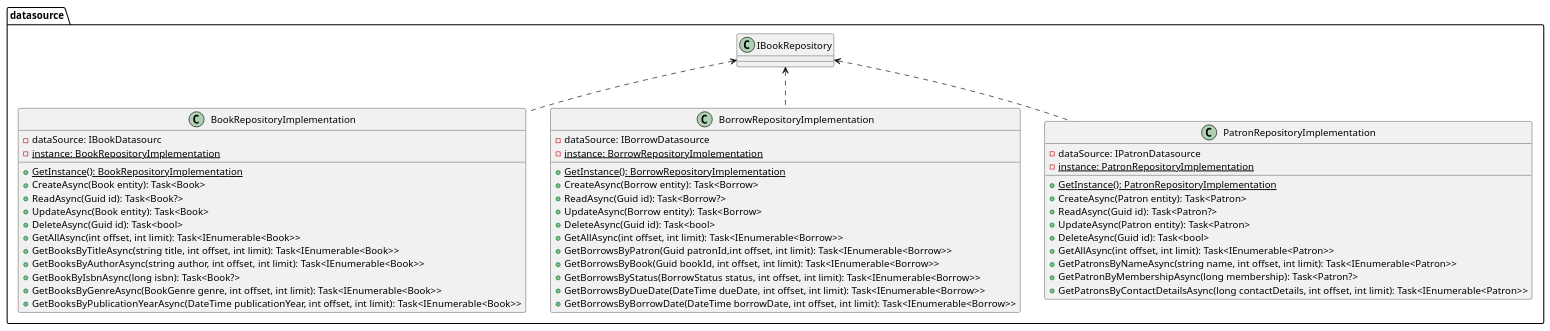
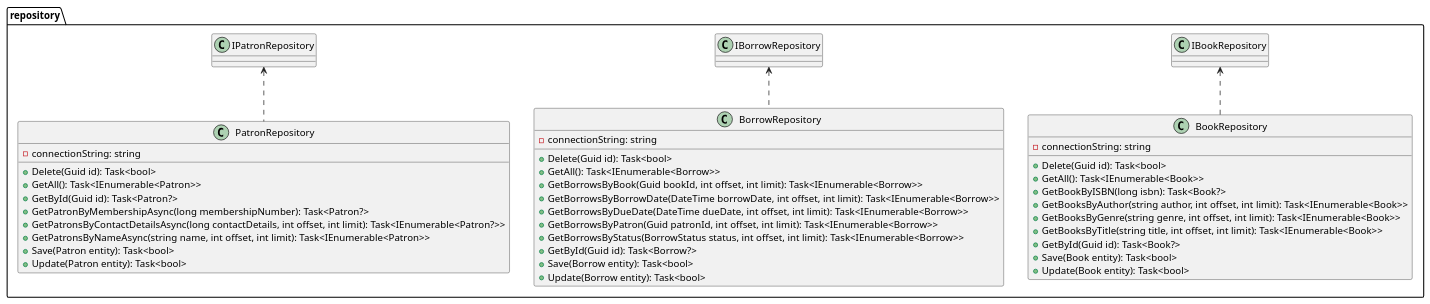
One commit to programacion-6/Opcion1LosBorbotones changed the diagram in system-design/class-diagram/infraestructure/repository.puml. Above: the diagram before and after it, drawn with PlantUML. The commit also changed 10 other files, not shown here.

Commit message:
chore: updated class diagram

```diff
--- a/system-design/class-diagram/infraestructure/repository.puml
+++ b/system-design/class-diagram/infraestructure/repository.puml
@@ -1,54 +1,47 @@
 @startuml
-package datasource {
+package repository {
 
-    class BookRepositoryImplementation {
-        - dataSource: IBookDatasourc
-        - {static} instance: BookRepositoryImplementation
-        + {static} GetInstance(): BookRepositoryImplementation
-        + CreateAsync(Book entity): Task<Book>
-        + ReadAsync(Guid id): Task<Book?>
-        + UpdateAsync(Book entity): Task<Book>
-        + DeleteAsync(Guid id): Task<bool>
-        + GetAllAsync(int offset, int limit): Task<IEnumerable<Book>>
-        + GetBooksByTitleAsync(string title, int offset, int limit): Task<IEnumerable<Book>>
-        + GetBooksByAuthorAsync(string author, int offset, int limit): Task<IEnumerable<Book>>
-        + GetBookByIsbnAsync(long isbn): Task<Book?>
-        + GetBooksByGenreAsync(BookGenre genre, int offset, int limit): Task<IEnumerable<Book>>
-        + GetBooksByPublicationYearAsync(DateTime publicationYear, int offset, int limit): Task<IEnumerable<Book>>
+    class BookRepository {
+        - connectionString: string
+        + Delete(Guid id): Task<bool>
+        + GetAll(): Task<IEnumerable<Book>>
+        + GetBookByISBN(long isbn): Task<Book?>
+        + GetBooksByAuthor(string author, int offset, int limit): Task<IEnumerable<Book>>
+        + GetBooksByGenre(string genre, int offset, int limit): Task<IEnumerable<Book>>
+        + GetBooksByTitle(string title, int offset, int limit): Task<IEnumerable<Book>>
+        + GetById(Guid id): Task<Book?>
+        + Save(Book entity): Task<bool>
+        + Update(Book entity): Task<bool>
     }
 
-    class BorrowRepositoryImplementation {
-        - dataSource: IBorrowDatasource
-        - {static} instance: BorrowRepositoryImplementation
-        + {static} GetInstance(): BorrowRepositoryImplementation
-        + CreateAsync(Borrow entity): Task<Borrow>
-        + ReadAsync(Guid id): Task<Borrow?>
-        + UpdateAsync(Borrow entity): Task<Borrow>
-        + DeleteAsync(Guid id): Task<bool>
-        + GetAllAsync(int offset, int limit): Task<IEnumerable<Borrow>>
-        + GetBorrowsByPatron(Guid patronId,int offset, int limit): Task<IEnumerable<Borrow>>
+    class BorrowRepository {
+        - connectionString: string
+        + Delete(Guid id): Task<bool>
+        + GetAll(): Task<IEnumerable<Borrow>>
         + GetBorrowsByBook(Guid bookId, int offset, int limit): Task<IEnumerable<Borrow>>
+        + GetBorrowsByBorrowDate(DateTime borrowDate, int offset, int limit): Task<IEnumerable<Borrow>>
+        + GetBorrowsByDueDate(DateTime dueDate, int offset, int limit): Task<IEnumerable<Borrow>>
+        + GetBorrowsByPatron(Guid patronId, int offset, int limit): Task<IEnumerable<Borrow>>
         + GetBorrowsByStatus(BorrowStatus status, int offset, int limit): Task<IEnumerable<Borrow>>
-        + GetBorrowsByDueDate(DateTime dueDate, int offset, int limit): Task<IEnumerable<Borrow>>
-        + GetBorrowsByBorrowDate(DateTime borrowDate, int offset, int limit): Task<IEnumerable<Borrow>>
+        + GetById(Guid id): Task<Borrow?>
+        + Save(Borrow entity): Task<bool>
+        + Update(Borrow entity): Task<bool>
     }
 
-    class PatronRepositoryImplementation {
-        - dataSource: IPatronDatasource
-        - {static} instance: PatronRepositoryImplementation
-        + {static} GetInstance(): PatronRepositoryImplementation 
-        + CreateAsync(Patron entity): Task<Patron>
-        + ReadAsync(Guid id): Task<Patron?>
-        + UpdateAsync(Patron entity): Task<Patron>
-        + DeleteAsync(Guid id): Task<bool>
-        + GetAllAsync(int offset, int limit): Task<IEnumerable<Patron>>
+    class PatronRepository {
+        - connectionString: string
+        + Delete(Guid id): Task<bool>
+        + GetAll(): Task<IEnumerable<Patron>>
+        + GetById(Guid id): Task<Patron?>
+        + GetPatronByMembershipAsync(long membershipNumber): Task<Patron?>
+        + GetPatronsByContactDetailsAsync(long contactDetails, int offset, int limit): Task<IEnumerable<Patron?>>
         + GetPatronsByNameAsync(string name, int offset, int limit): Task<IEnumerable<Patron>>
-        + GetPatronByMembershipAsync(long membership): Task<Patron?>
-        + GetPatronsByContactDetailsAsync(long contactDetails, int offset, int limit): Task<IEnumerable<Patron>>
+        + Save(Patron entity): Task<bool>
+        + Update(Patron entity): Task<bool>
     }
 
-    IBookRepository <.. BookRepositoryImplementation
-    IBookRepository <.. BorrowRepositoryImplementation
-    IBookRepository <.. PatronRepositoryImplementation
+    IBookRepository <.. BookRepository
+    IBorrowRepository <.. BorrowRepository
+    IPatronRepository <.. PatronRepository
 }
 @enduml
```
